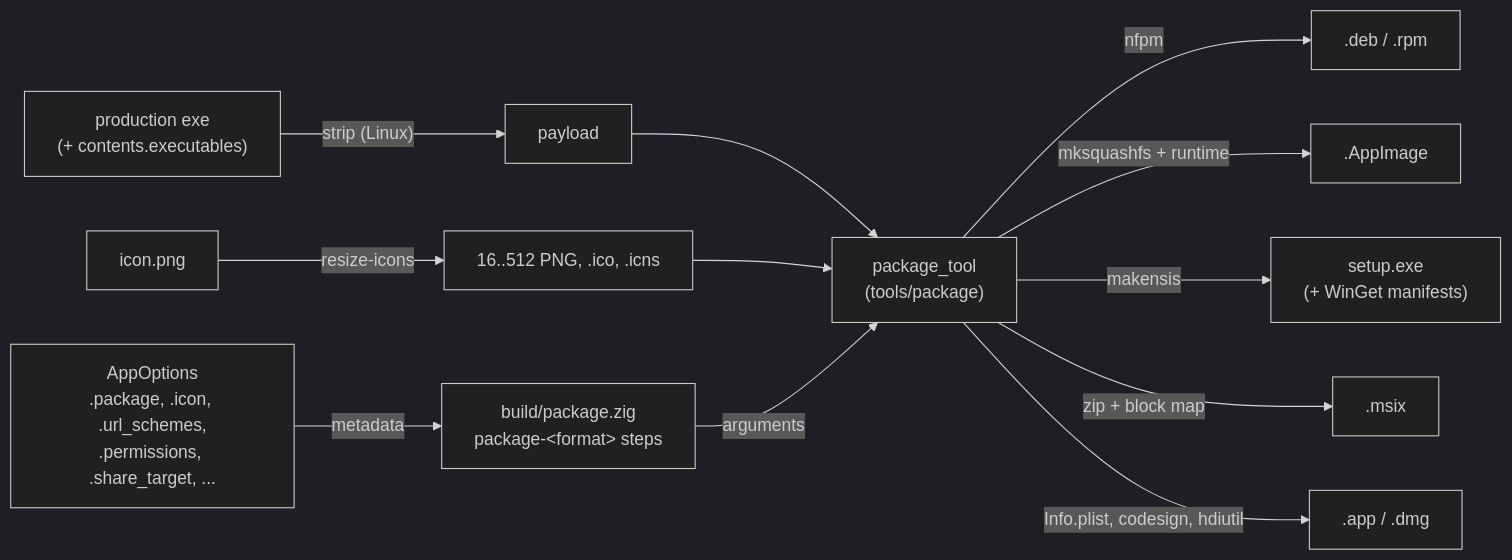
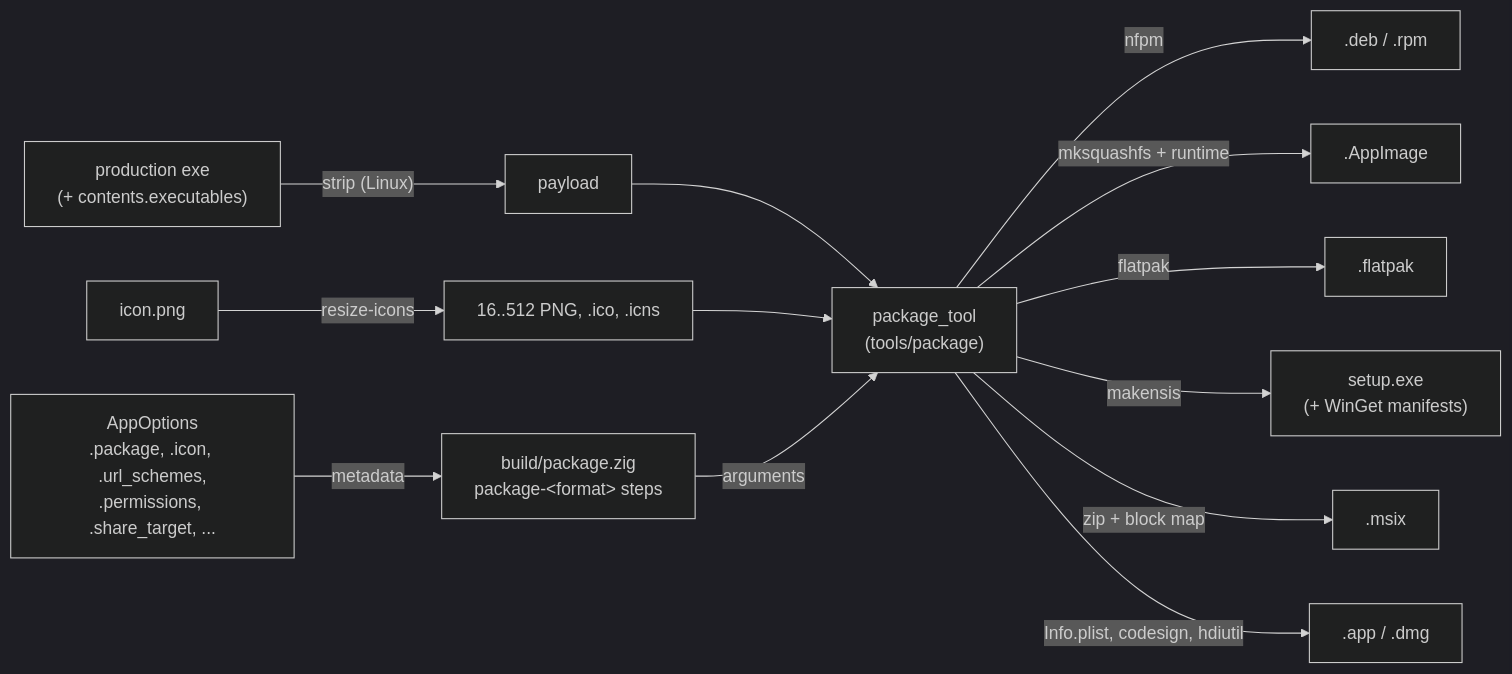
One commit to highercomve/Oriel changed the diagram in docs/packaging.md. Above: the diagram before and after it, drawn with Mermaid (dark theme). The commit also changed other lines of this file and 12 other files, not shown here.

````diff
--- a/docs/packaging.md
+++ b/docs/packaging.md
@@ -72,14 +73,15 @@
 ```mermaid
 flowchart LR
   Opts["AppOptions<br/>.package, .icon, .url_schemes,<br/>.permissions, .share_target, ..."] -->|"metadata"| Steps["build/package.zig<br/>package-&lt;format&gt; steps"]
   Exe["production exe<br/>(+ contents.executables)"] -->|"strip (Linux)"| Payload["payload"]
   Icon["icon.png"] -->|"resize-icons"| Icons["16..512 PNG, .ico, .icns"]
   Payload --> Tool["package_tool<br/>(tools/package)"]
   Icons --> Tool
   Steps -->|"arguments"| Tool
   Tool -->|"nfpm"| Deb[".deb / .rpm"]
   Tool -->|"mksquashfs + runtime"| AI[".AppImage"]
+  Tool -->|"flatpak"| FP[".flatpak"]
   Tool -->|"makensis"| NSIS["setup.exe<br/>(+ WinGet manifests)"]
   Tool -->|"zip + block map"| MSIX[".msix"]
   Tool -->|"Info.plist, codesign, hdiutil"| Mac[".app / .dmg"]
 ```
````
